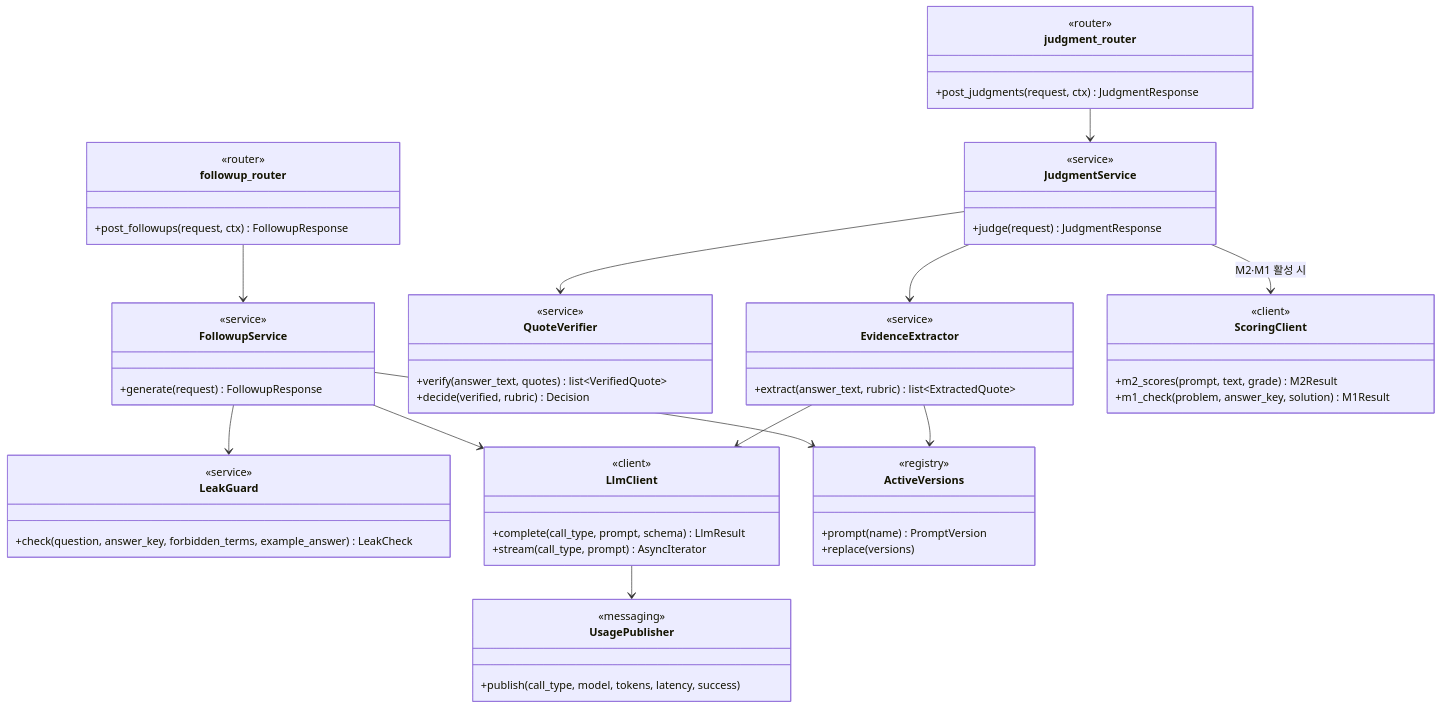
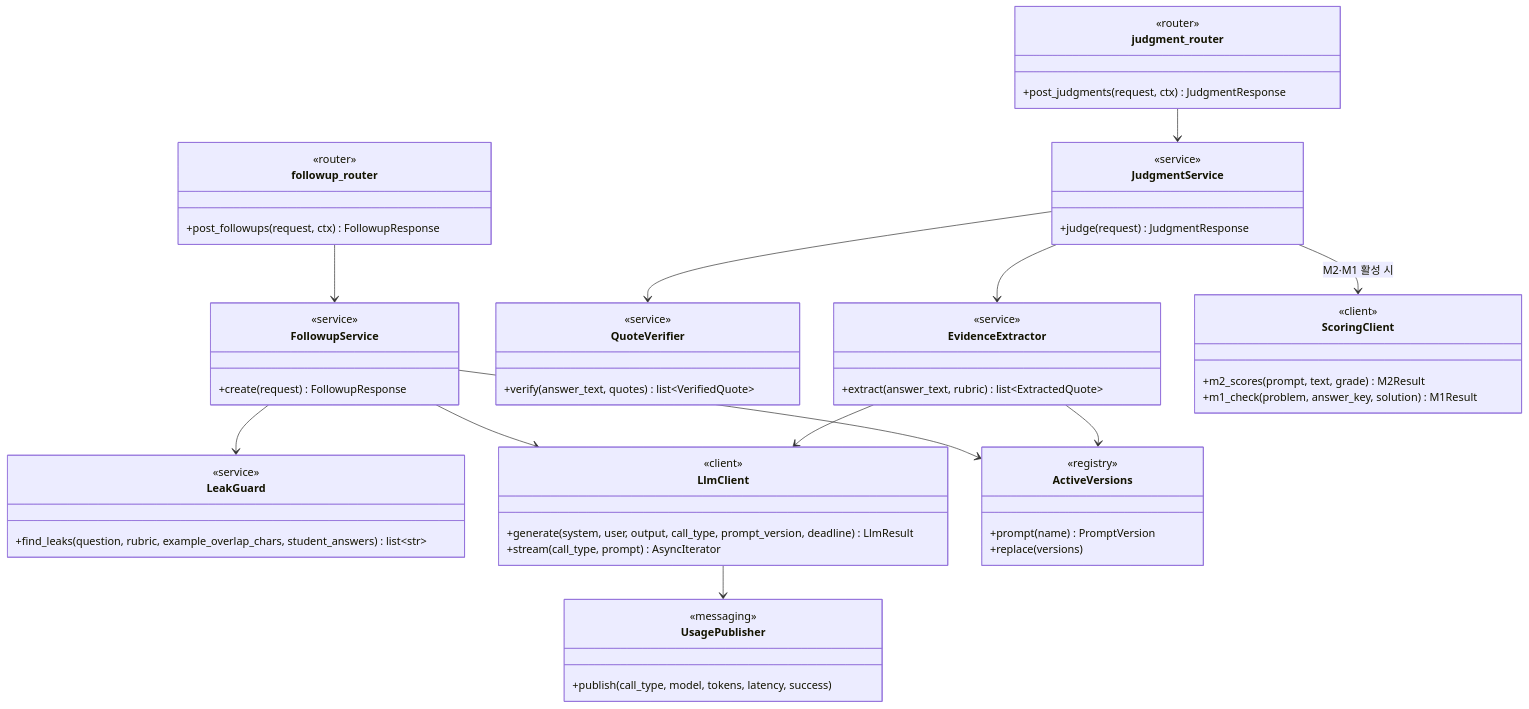
Diagram 11 of 15 in docs/design/class-diagram.md (SKNETWORKS-FAMILY-AICAMP/SKN34-FINAL-3TEAM), drawn with Mermaid before and after one commit. The commit also changed other lines of this file and 6 other files, not shown here.

````diff
--- a/docs/design/class-diagram.md
+++ b/docs/design/class-diagram.md
@@ -1171,64 +1171,63 @@
 ```mermaid
 classDiagram
   direction TB
   class judgment_router {
     <<router>>
     +post_judgments(request, ctx) JudgmentResponse
   }
   class JudgmentService {
     <<service>>
     +judge(request) JudgmentResponse
   }
   class EvidenceExtractor {
     <<service>>
     +extract(answer_text, rubric) list~ExtractedQuote~
   }
   class QuoteVerifier {
     <<service>>
     +verify(answer_text, quotes) list~VerifiedQuote~
-    +decide(verified, rubric) Decision
   }
   class followup_router {
     <<router>>
     +post_followups(request, ctx) FollowupResponse
   }
   class FollowupService {
     <<service>>
-    +generate(request) FollowupResponse
+    +create(request) FollowupResponse
   }
   class LeakGuard {
     <<service>>
-    +check(question, answer_key, forbidden_terms, example_answer) LeakCheck
+    +find_leaks(question, rubric, example_overlap_chars, student_answers) list~str~
   }
   class LlmClient {
     <<client>>
-    +complete(call_type, prompt, schema) LlmResult
+    +generate(system, user, output, call_type, prompt_version, deadline) LlmResult
     +stream(call_type, prompt) AsyncIterator
   }
   class ScoringClient {
     <<client>>
     +m2_scores(prompt, text, grade) M2Result
     +m1_check(problem, answer_key, solution) M1Result
   }
   class ActiveVersions {
     <<registry>>
     +prompt(name) PromptVersion
     +replace(versions)
   }
   class UsagePublisher {
     <<messaging>>
     +publish(call_type, model, tokens, latency, success)
   }
 
   judgment_router --> JudgmentService
   JudgmentService --> EvidenceExtractor
   JudgmentService --> QuoteVerifier
   JudgmentService --> ScoringClient : M2·M1 활성 시
   EvidenceExtractor --> LlmClient
   EvidenceExtractor --> ActiveVersions
   followup_router --> FollowupService
   FollowupService --> LlmClient
   FollowupService --> LeakGuard
   FollowupService --> ActiveVersions
   LlmClient --> UsagePublisher
 ```
````
